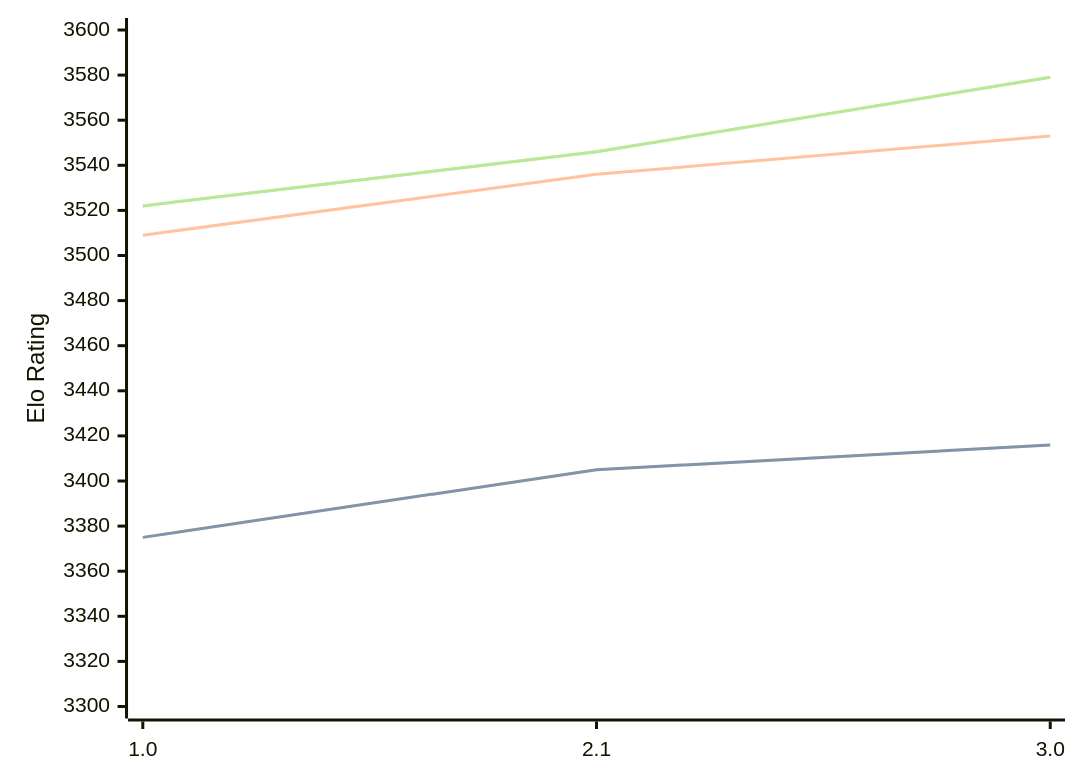
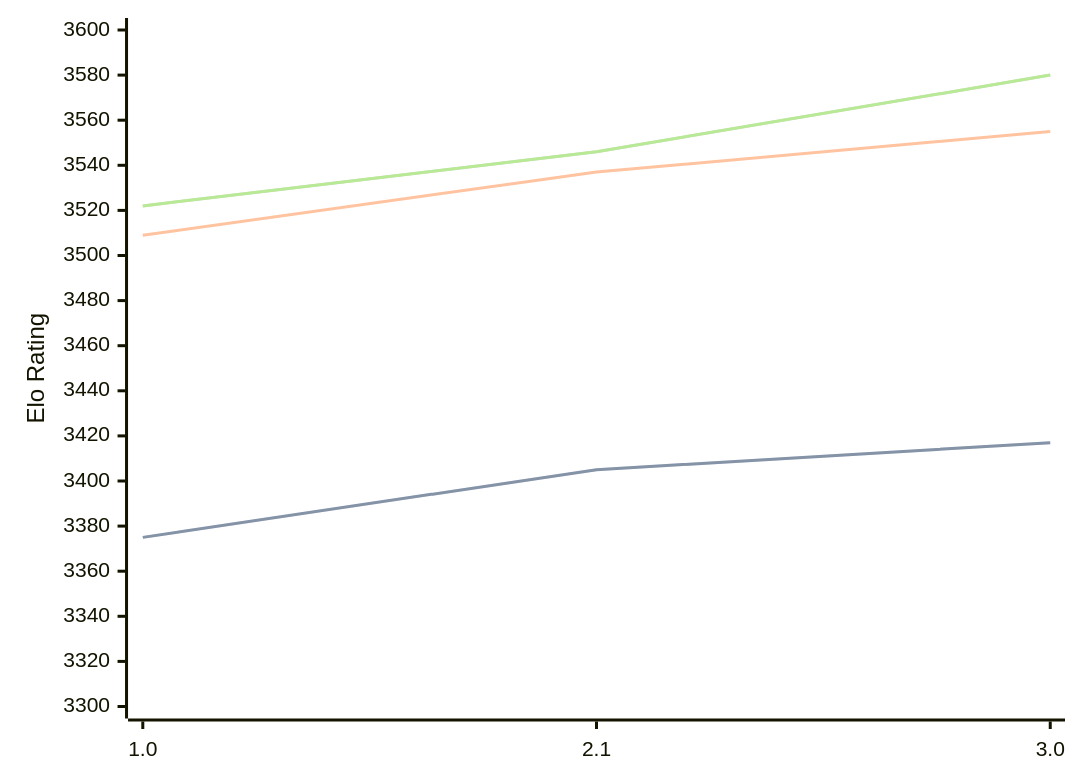
The diagram in engines/Hobbes.md (computer-chess-index/cci), drawn with Mermaid before and after one commit. The commit also changed other lines of this file, not shown here.

Commit message:
Update CCI Ratings (ELO VLTC) - 2026-09-09

````diff
--- a/engines/Hobbes.md
+++ b/engines/Hobbes.md
@@ -33,11 +33,11 @@
 ```mermaid
 %%{init: {"theme":"base","themeVariables":{"seriesColors:['#a3a3a3','#222221','#faa371']}}}%%
 xychart-beta
   x-axis ["1.0", "2.1", "3.0"]
   y-axis "Elo Rating" 3300 --> 3600
-  line "" [3375, 3405, 3416]
-  line "STC (8.0+0.08s)" [3375, 3405, 3416]
-  line "LTC (60.0+0.60s)" [3509, 3536, 3553]
-  line "" [3522, 3546, 3579]
-  line "VLTC (2m24s+1.12s)" [3522, 3546, 3579]
+  line "" [3375, 3405, 3417]
+  line "STC (8.0+0.08s)" [3375, 3405, 3417]
+  line "LTC (60.0+0.60s)" [3509, 3537, 3555]
+  line "" [3522, 3546, 3580]
+  line "VLTC (2m24s+1.12s)" [3522, 3546, 3580]
 ```
````
